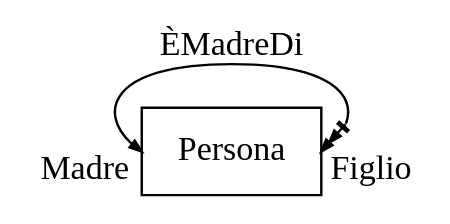
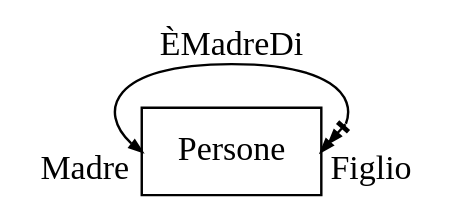
One commit to alek3y/cs changed the seventh of 17 diagrams in src/ct0006-1/README.md. Above: the diagram before and after it, drawn with Graphviz. The commit also changed other lines of this file, not shown here.

````diff
--- a/src/ct0006-1/README.md
+++ b/src/ct0006-1/README.md
@@ -106,15 +106,15 @@
 ```dot process
 digraph {
 	rankdir=LR
 	node [shape=box]
 	edge [arrowsize=0.5 dir=both]
 
-	Persona:w -> Persona:e [
+	Persone:w -> Persone:e [
 		label="ÈMadreDi"
 		headlabel="Figlio"
 		taillabel="Madre"
 		arrowhead=normalnormalnonetee
 		arrowtail=normal
 	]
 }
 ```
````
